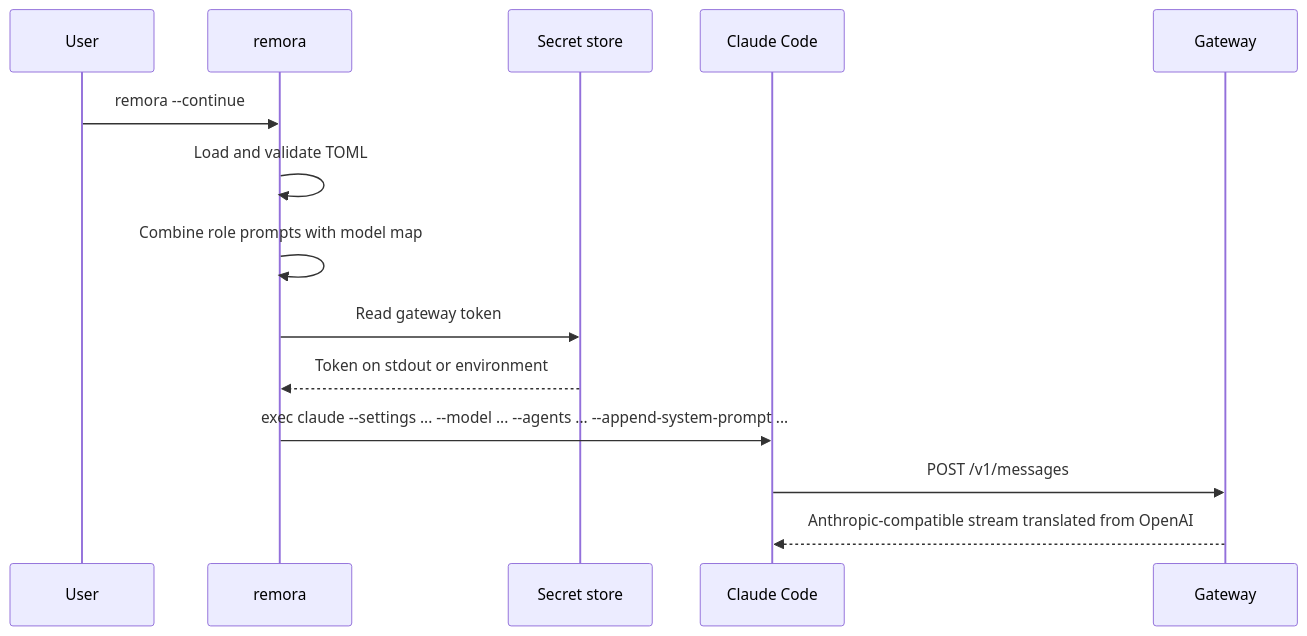
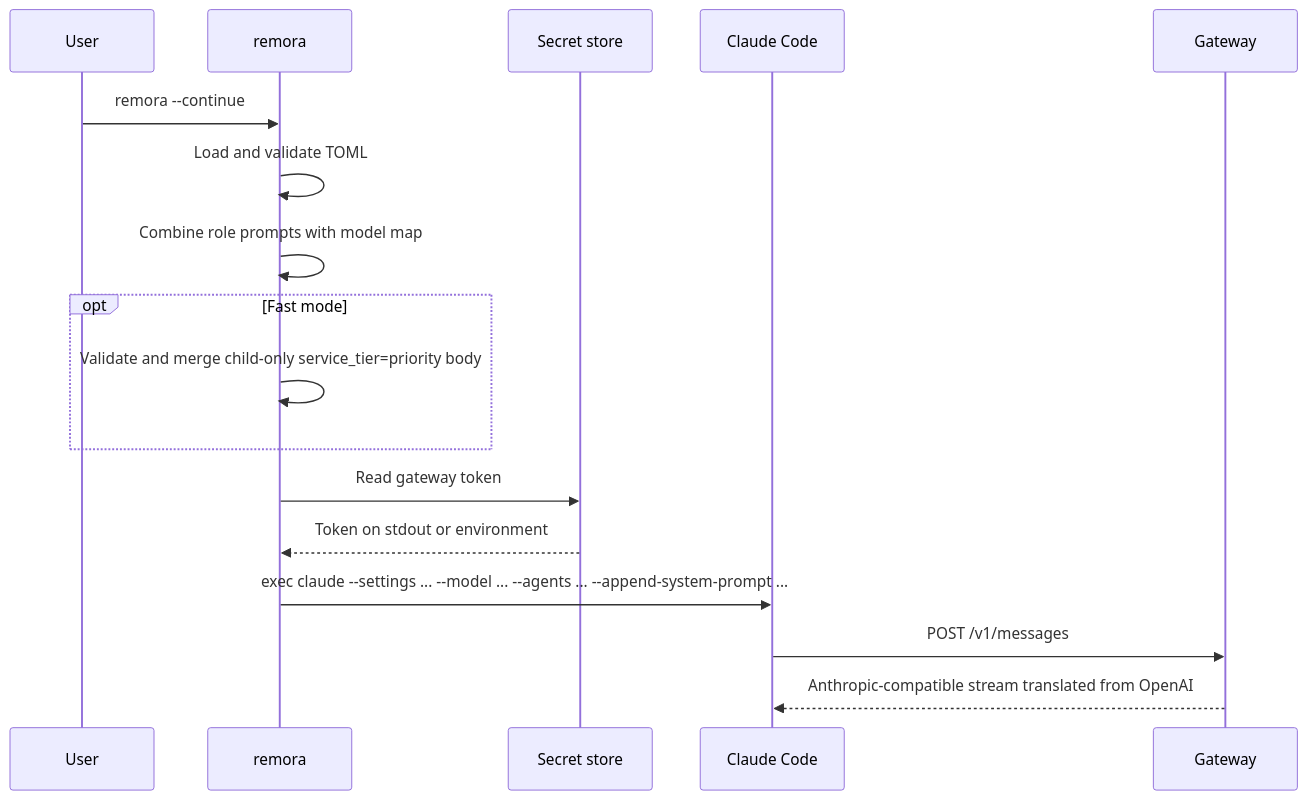
Before and after one commit to Nanako0129/remora-cc: the second of 2 diagrams in docs/architecture.md, drawn with Mermaid. The commit also changed other lines of this file and 6 other files, not shown here.

````diff
--- a/docs/architecture.md
+++ b/docs/architecture.md
@@ -38,17 +39,20 @@
 ```mermaid
 sequenceDiagram
     participant U as User
     participant R as remora
     participant S as Secret store
     participant C as Claude Code
     participant G as Gateway
 
     U->>R: remora --continue
     R->>R: Load and validate TOML
     R->>R: Combine role prompts with model map
+    opt Fast mode
+        R->>R: Validate and merge child-only service_tier=priority body
+    end
     R->>S: Read gateway token
     S-->>R: Token on stdout or environment
     R->>C: exec claude --settings ... --model ... --agents ... --append-system-prompt ...
     C->>G: POST /v1/messages
     G-->>C: Anthropic-compatible stream translated from OpenAI
 ```
````
